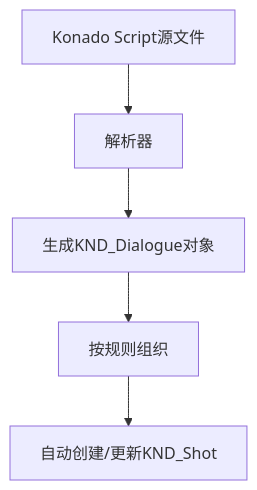
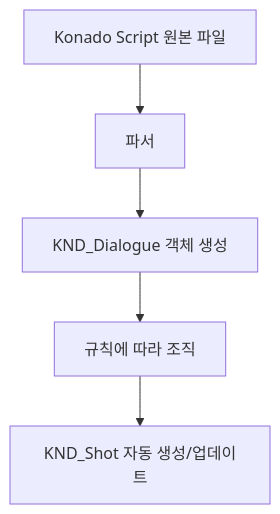
Before and after one commit to DSOE1024/konado: the diagram in docs/ko/tutorial/core/shot-and-dialogue.md, drawn with Mermaid. The commit also changed other lines of this file and 224 other files, not shown here.

````diff
--- a/docs/ko/tutorial/core/shot-and-dialogue.md
+++ b/docs/ko/tutorial/core/shot-and-dialogue.md
@@ -32,8 +32,8 @@
 ```mermaid
 graph TD
-    A["Konado Script源文件"] --> B["解析器"]
-    B --> C["生成KND_Dialogue对象"]
-    C --> D["按规则组织"]
-    D --> E["自动创建/更新KND_Shot"]
+    A["Konado Script 원본 파일"] --> B["파서"]
+    B --> C["KND_Dialogue 객체 생성"]
+    C --> D["규칙에 따라 조직"]
+    D --> E["KND_Shot 자동 생성/업데이트"]
 
 ```
````
